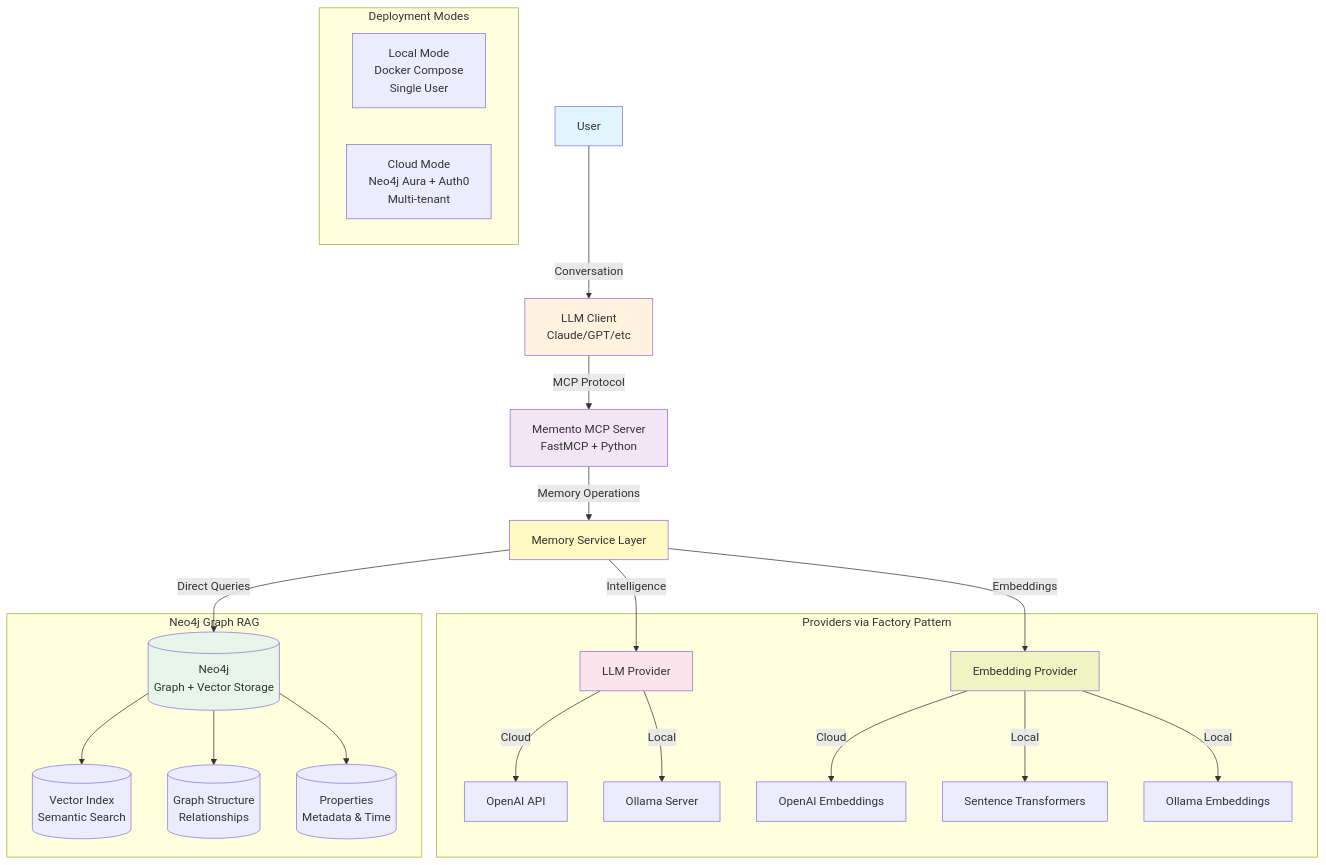
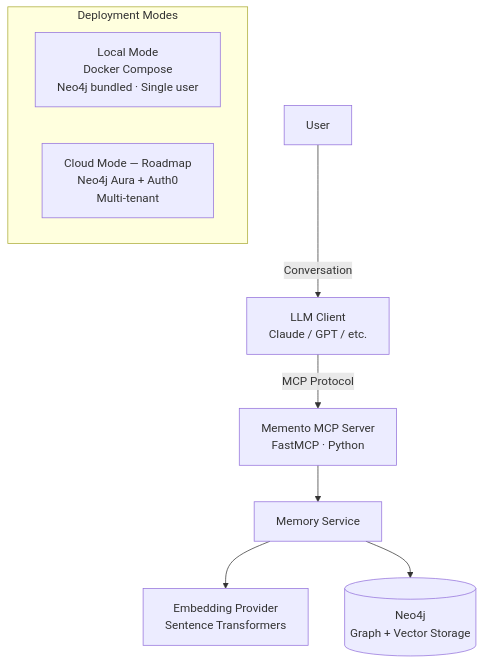
One commit to rigrergl/memento changed the diagram in README.md. Above: the diagram before and after it, drawn with Mermaid. The commit also changed other lines of this file and 2 other files, not shown here.

Commit message:
Documentation Updates

````diff
--- a/README.md
+++ b/README.md
@@ -11,39 +11,14 @@
 ```mermaid
 graph TB
-    User[User] -->|Conversation| Client[LLM Client<br/>Claude/GPT/etc]
-    Client -->|MCP Protocol| MCP[Memento MCP Server<br/>FastMCP + Python]
-    
-    MCP -->|Memory Operations| MS[Memory Service Layer]
-    
-    MS -->|Direct Queries| Neo4j[(Neo4j<br/>Graph + Vector Storage)]
-    MS -->|Intelligence| LLM[LLM Provider]
-    MS -->|Embeddings| EMB[Embedding Provider]
-    
-    subgraph "Providers via Factory Pattern"
-        LLM -->|Cloud| OpenAI[OpenAI API]
-        LLM -->|Local| Ollama[Ollama Server]
-        
-        EMB -->|Cloud| OAIEmb[OpenAI Embeddings]
-        EMB -->|Local| STEmb[Sentence Transformers]
-        EMB -->|Local| OllamaEmb[Ollama Embeddings]
+    User[User] -->|Conversation| Client[LLM Client<br/>Claude / GPT / etc.]
+    Client -->|MCP Protocol| MCP[Memento MCP Server<br/>FastMCP · Python]
+
+    MCP --> MS[Memory Service]
+    MS --> EMB[Embedding Provider<br/>Sentence Transformers]
+    MS --> Neo4j[(Neo4j<br/>Graph + Vector Storage)]
+
+    subgraph "Deployment Modes"
+        LocalMode[Local Mode<br/>Docker Compose<br/>Neo4j bundled · Single user]
+        CloudMode[Cloud Mode — Roadmap<br/>Neo4j Aura + Auth0<br/>Multi-tenant]
     end
-    
-    subgraph "Neo4j Graph RAG"
-        Neo4j --> VM[(Vector Index<br/>Semantic Search)]
-        Neo4j --> GM[(Graph Structure<br/>Relationships)]
-        Neo4j --> TM[(Properties<br/>Metadata & Time)]
-    end
-    
-    subgraph "Deployment Modes"
-        LocalMode[Local Mode<br/>Docker Compose<br/>Single User]
-        CloudMode[Cloud Mode<br/>Neo4j Aura + Auth0<br/>Multi-tenant]
-    end
-    
-    style User fill:#e1f5fe
-    style Client fill:#fff3e0
-    style MCP fill:#f3e5f5
-    style MS fill:#fff9c4
-    style Neo4j fill:#e8f5e9
-    style LLM fill:#fce4ec
-    style EMB fill:#f0f4c3
 ```
````
